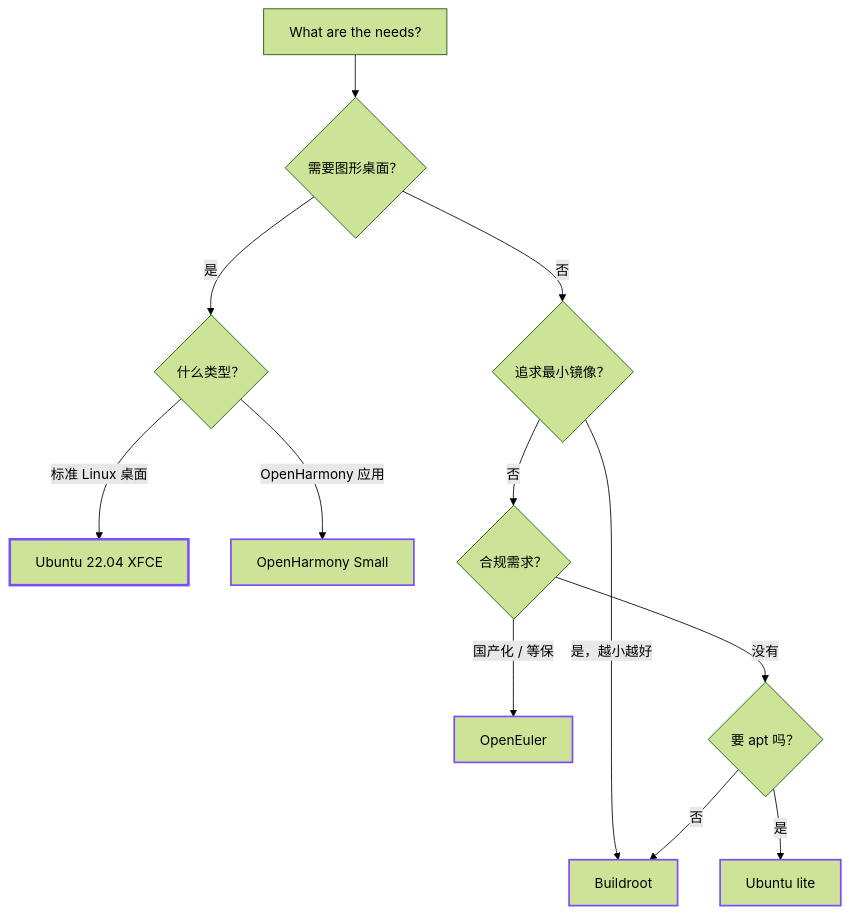
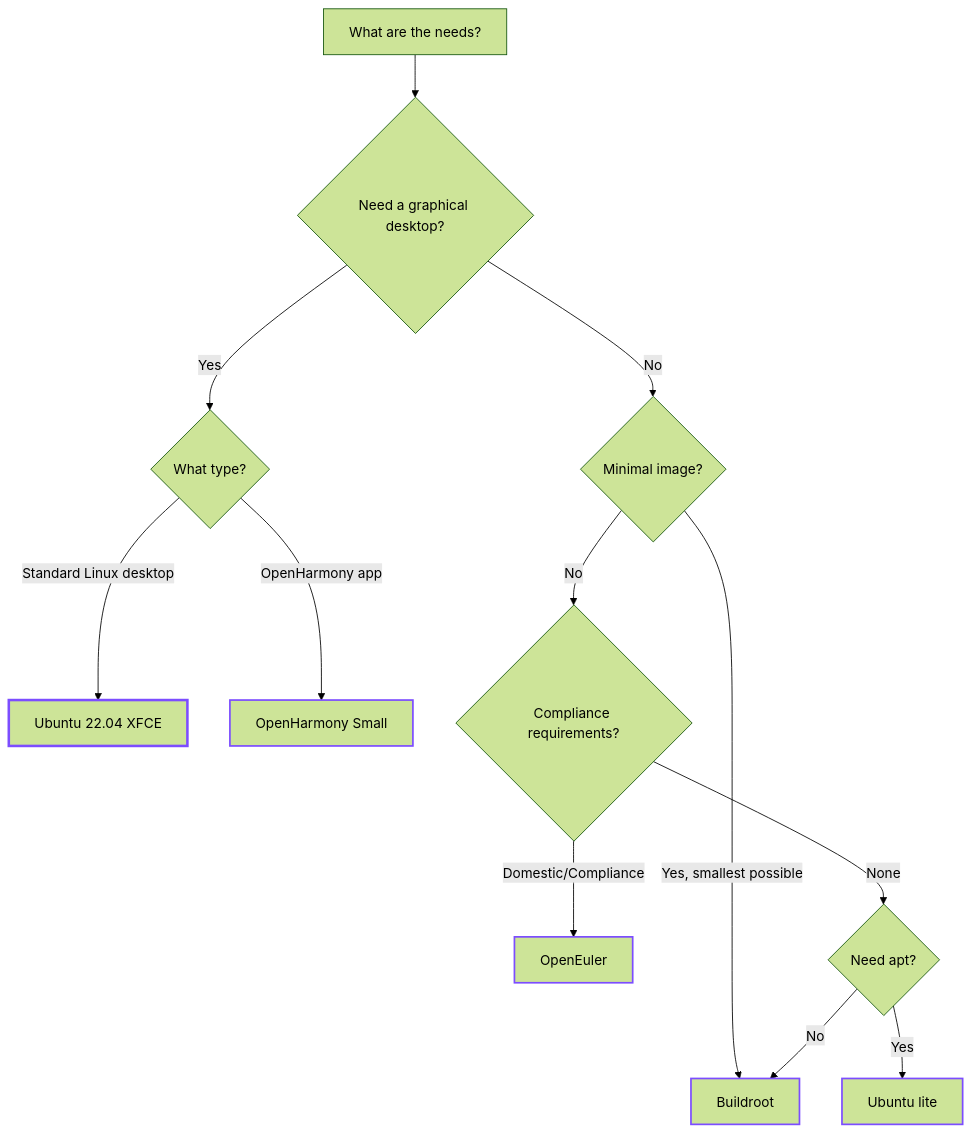
The diagram in docs/get-started/os-picker.en.md (GitBubble/hi3403-docs), drawn with Mermaid (forest theme) before and after one commit. The commit also changed 585 other files, not shown here.

````diff
--- a/docs/get-started/os-picker.en.md
+++ b/docs/get-started/os-picker.en.md
@@ -22,24 +22,24 @@
 ```mermaid
 flowchart TD
-    Start[What are the needs?] --> A{需要图形桌面？}
-    A -- 是 --> B{什么类型？}
-    A -- 否 --> C{追求最小镜像？}
+    Start[What are the needs?] --> A{Need a graphical desktop?}
+    A -- Yes --> B{What type?}
+    A -- No --> C{Minimal image?}
 
-    B -- 标准 Linux 桌面 --> Ubuntu[Ubuntu 22.04 XFCE]
-    B -- OpenHarmony 应用 --> OH[OpenHarmony Small]
+    B -- Standard Linux desktop --> Ubuntu[Ubuntu 22.04 XFCE]
+    B -- OpenHarmony app --> OH[OpenHarmony Small]
 
-    C -- 是，越小越好 --> Buildroot[Buildroot]
-    C -- 否 --> D{合规需求？}
+    C -- Yes, smallest possible --> Buildroot[Buildroot]
+    C -- No --> D{Compliance requirements?}
 
-    D -- 国产化 / 等保 --> OE[OpenEuler]
-    D -- 没有 --> E{要 apt 吗？}
+    D -- Domestic/Compliance --> OE[OpenEuler]
+    D -- None --> E{Need apt?}
 
-    E -- 是 --> Ubuntu_lite[Ubuntu lite]
-    E -- 否 --> Buildroot
+    E -- Yes --> Ubuntu_lite[Ubuntu lite]
+    E -- No --> Buildroot
 
     style Ubuntu stroke:#7c4dff,stroke-width:3px
     style Ubuntu_lite stroke:#7c4dff,stroke-width:2px
     style OH stroke:#7c4dff,stroke-width:2px
     style OE stroke:#7c4dff,stroke-width:2px
     style Buildroot stroke:#7c4dff,stroke-width:2px
 ```
````
